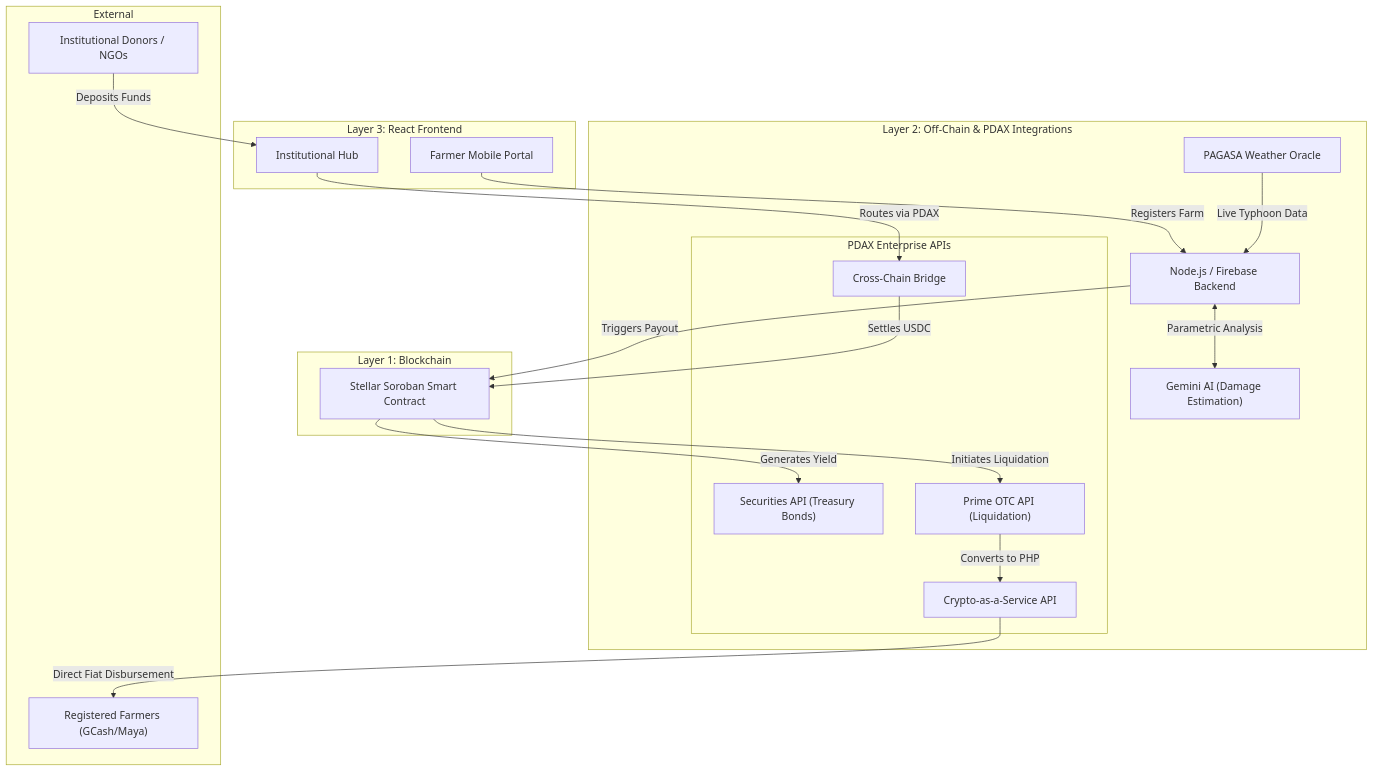
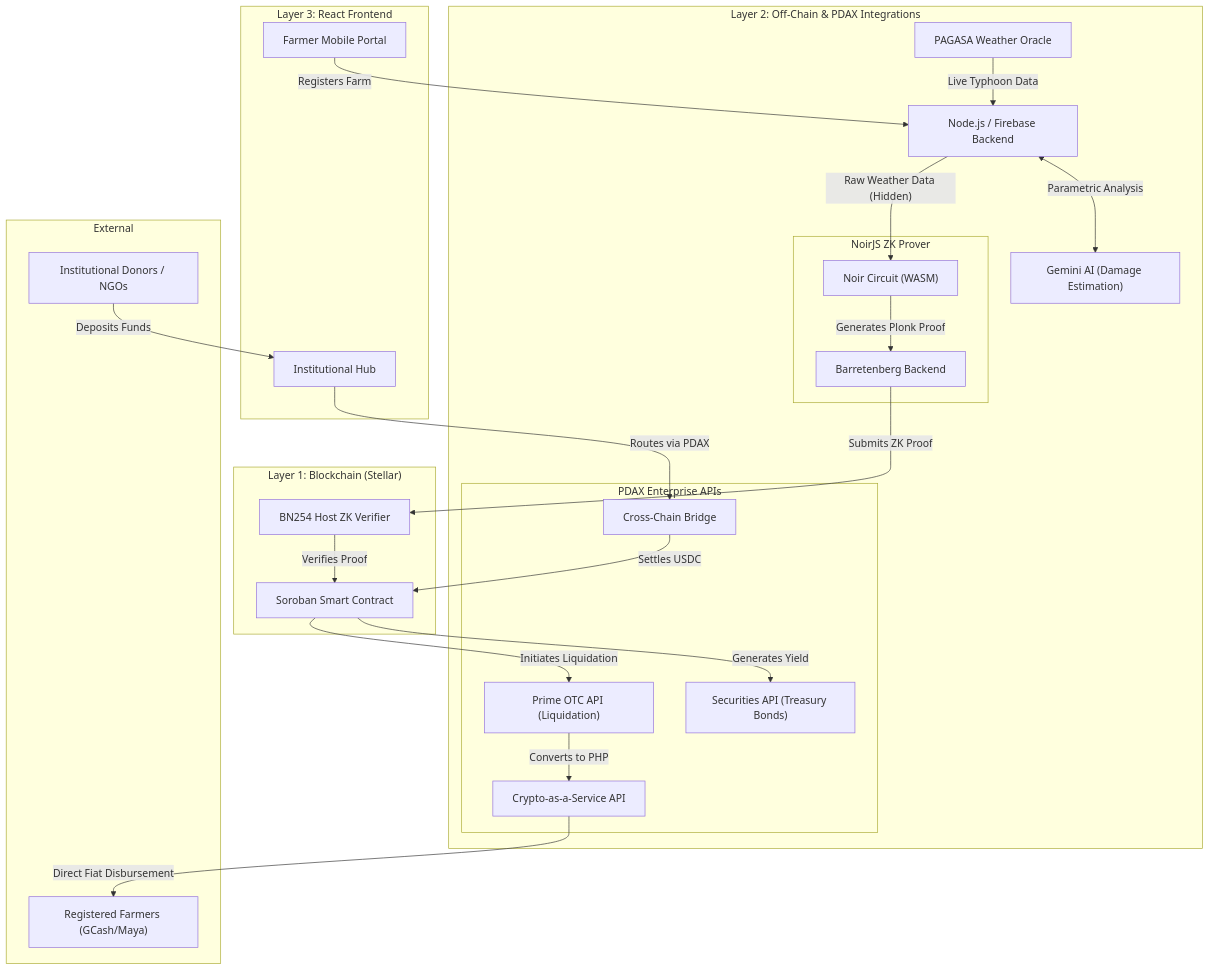
The diagram in README.md (PrinceDale99/TyFi), drawn with Mermaid before and after one commit. The commit also changed other lines of this file and 9 other files, not shown here.

````diff
--- a/README.md
+++ b/README.md
@@ -76,43 +76,53 @@
 ```mermaid
 graph TD
     subgraph L3 ["Layer 3: React Frontend"]
         FMP["Farmer Mobile Portal"]
         IH["Institutional Hub"]
     end
 
     subgraph L2 ["Layer 2: Off-Chain & PDAX Integrations"]
         BE["Node.js / Firebase Backend"]
         AI["Gemini AI (Damage Estimation)"]
         Oracle["PAGASA Weather Oracle"]
         
+        subgraph ZK ["NoirJS ZK Prover"]
+            NC["Noir Circuit (WASM)"]
+            BB["Barretenberg Backend"]
+        end
+        
         subgraph PDAX ["PDAX Enterprise APIs"]
             P_Bridge["Cross-Chain Bridge"]
             P_Sec["Securities API (Treasury Bonds)"]
             P_OTC["Prime OTC API (Liquidation)"]
             P_CaaS["Crypto-as-a-Service API"]
         end
     end
 
-    subgraph L1 ["Layer 1: Blockchain"]
-        SC["Stellar Soroban Smart Contract"]
+    subgraph L1 ["Layer 1: Blockchain (Stellar)"]
+        SC["Soroban Smart Contract"]
+        ZKV["BN254 Host ZK Verifier"]
     end
     
     subgraph Users ["External"]
         NGO["Institutional Donors / NGOs"]
         Farmer["Registered Farmers (GCash/Maya)"]
     end
 
     NGO -->|"Deposits Funds"| IH
     IH -->|"Routes via PDAX"| P_Bridge
     P_Bridge -->|"Settles USDC"| SC
     
     FMP -->|"Registers Farm"| BE
     Oracle -->|"Live Typhoon Data"| BE
     BE <-->|"Parametric Analysis"| AI
-    BE -->|"Triggers Payout"| SC
+    
+    BE -->|"Raw Weather Data (Hidden)"| NC
+    NC -->|"Generates Plonk Proof"| BB
+    BB -->|"Submits ZK Proof"| ZKV
+    ZKV -->|"Verifies Proof"| SC
     
     SC -->|"Generates Yield"| P_Sec
     SC -->|"Initiates Liquidation"| P_OTC
     P_OTC -->|"Converts to PHP"| P_CaaS
     P_CaaS -->|"Direct Fiat Disbursement"| Farmer
 ```
````
